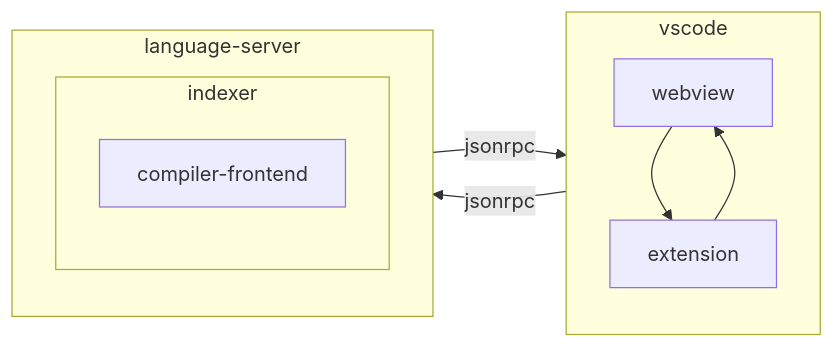
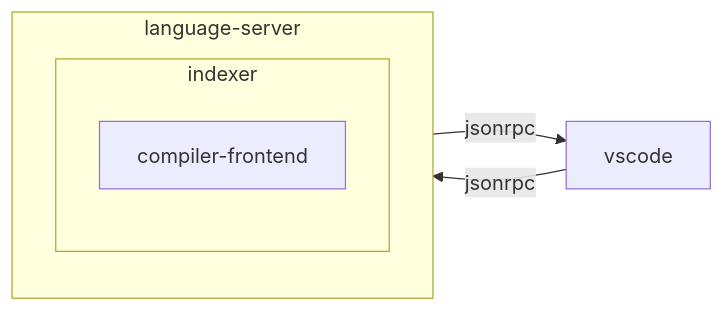
Before and after one commit to nevalang/neva: the third of 3 diagrams in ARCHITECTURE.md, drawn with Mermaid. The commit also changed other lines of this file and 4 other files, not shown here.

````diff
--- a/ARCHITECTURE.md
+++ b/ARCHITECTURE.md
@@ -111,18 +56,13 @@
 ```mermaid
 flowchart LR
     language-server-->|jsonrpc|vscode
     vscode-->|jsonrpc|language-server
 
     subgraph language-server
         indexer
     end
 
-    subgraph vscode
-        webview-->extension
-        extension-->webview
-    end
-
     subgraph indexer
         compiler-frontend
     end
 ```
````
